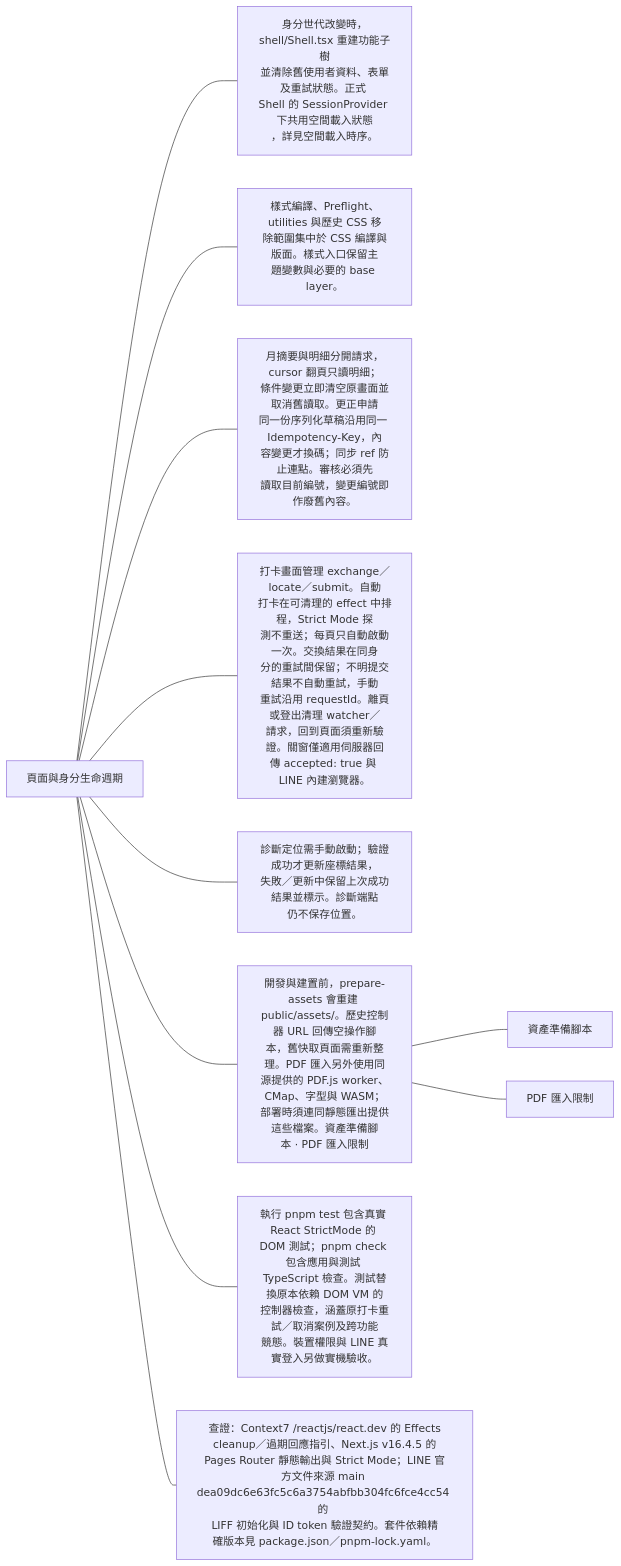
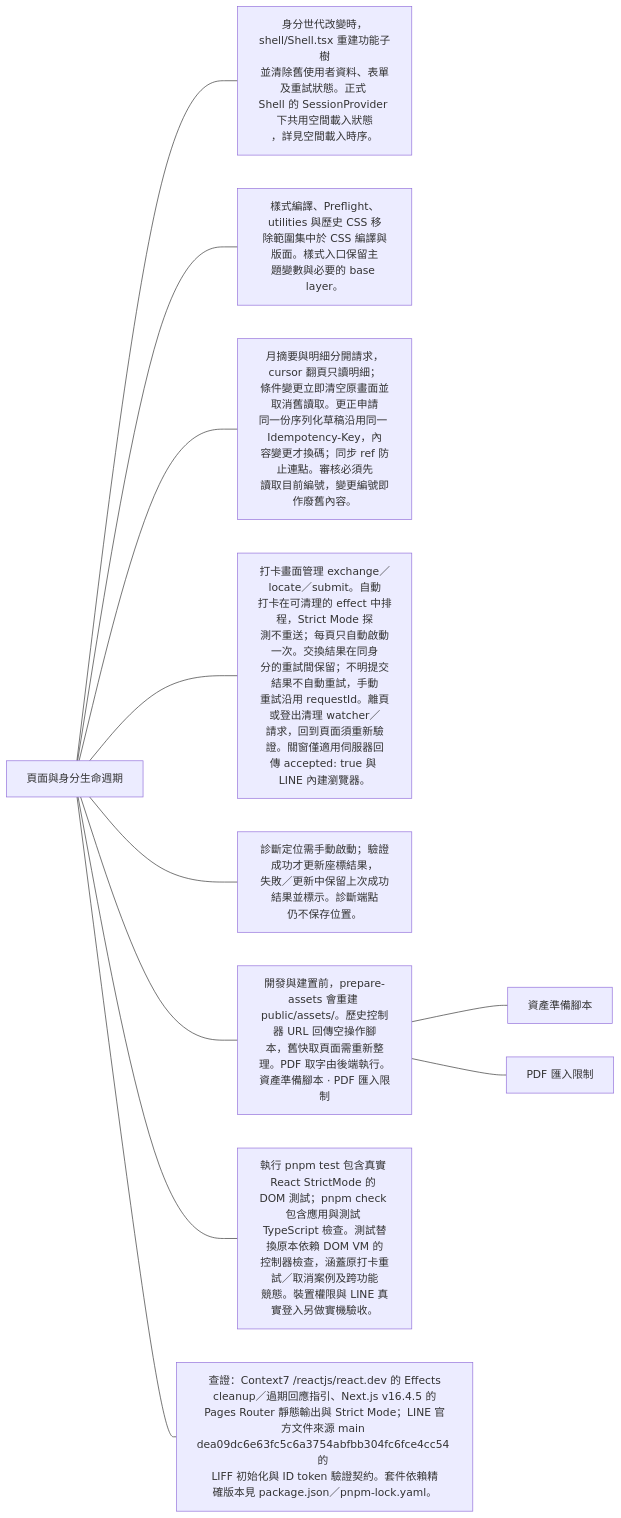
The third of 3 diagrams in docs/architecture/runtime/react-lifecycle.md (963sup/line-mini-app-bot), drawn with Mermaid before and after one commit. The commit also changed 13 other files, not shown here.

````diff
--- a/docs/architecture/runtime/react-lifecycle.md
+++ b/docs/architecture/runtime/react-lifecycle.md
@@ -31,18 +31,18 @@
 ```mermaid
 flowchart LR
   h["頁面與身分生命週期"]
   h --- n0["身分世代改變時，shell/Shell.tsx 重建功能子樹<br/>並清除舊使用者資料、表單及重試狀態。正式 <br/>Shell 的 SessionProvider 下共用空間載入狀態<br/>，詳見空間載入時序。"]
   click n0 "../../domains/repository/README.md#空間載入時序"
   h --- n1["樣式編譯、Preflight、utilities 與歷史 CSS 移<br/>除範圍集中於 CSS 編譯與版面。樣式入口保留主<br/>題變數與必要的 base layer。"]
   click n1 "../../development/tooling/mcp/shadcn.md#css-編譯與版面"
   h --- n2["月摘要與明細分開請求，cursor 翻頁只讀明細；<br/>條件變更立即清空原畫面並取消舊讀取。更正申請<br/>同一份序列化草稿沿用同一 Idempotency-Key，內<br/>容變更才換碼；同步 ref 防止連點。審核必須先<br/>讀取目前編號，變更編號即作廢舊內容。"]
   h --- n3["打卡畫面管理 exchange／locate／submit。自動<br/>打卡在可清理的 effect 中排程，Strict Mode 探<br/>測不重送；每頁只自動啟動一次。交換結果在同身<br/>分的重試間保留；不明提交結果不自動重試，手動<br/>重試沿用 requestId。離頁或登出清理 watcher／<br/>請求，回到頁面須重新驗證。關窗僅適用伺服器回<br/>傳 accepted: true 與 LINE 內建瀏覽器。"]
   h --- n4["診斷定位需手動啟動；驗證成功才更新座標結果，<br/>失敗／更新中保留上次成功結果並標示。診斷端點<br/>仍不保存位置。"]
-  h --- n5["開發與建置前，prepare-assets 會重建 <br/>public/assets/。歷史控制器 URL 回傳空操作腳<br/>本，舊快取頁面需重新整理。PDF 匯入另外使用同<br/>源提供的 PDF.js worker、CMap、字型與 WASM；<br/>部署時須連同靜態匯出提供這些檔案。資產準備腳<br/>本 · PDF 匯入限制"]
+  h --- n5["開發與建置前，prepare-assets 會重建 <br/>public/assets/。歷史控制器 URL 回傳空操作腳<br/>本，舊快取頁面需重新整理。PDF 取字由後端執行。資產準備腳本 · PDF 匯入限制"]
   n5 --- n5l0["資產準備腳本"]
   click n5l0 "../../../scripts/tooling/prepare-miniapp-assets.mts"
   n5 --- n5l1["PDF 匯入限制"]
   click n5l1 "../../domains/objectimport/design.md"
   h --- n6["執行 pnpm test 包含真實 React StrictMode 的 <br/>DOM 測試；pnpm check 包含應用與測試 <br/>TypeScript 檢查。測試替換原本依賴 DOM VM 的<br/>控制器檢查，涵蓋原打卡重試／取消案例及跨功能<br/>競態。裝置權限與 LINE 真實登入另做實機驗收。"]
   h --- n7["查證：Context7 /reactjs/react.dev 的 Effects<br/> cleanup／過期回應指引、Next.js v16.4.5 的 <br/>Pages Router 靜態輸出與 Strict Mode；LINE 官<br/>方文件來源 main <br/>dea09dc6e63fc5c6a3754abfbb304fc6fce4cc54 的 <br/>LIFF 初始化與 ID token 驗證契約。套件依賴精<br/>確版本見 package.json／pnpm-lock.yaml。"]
 ```
````
